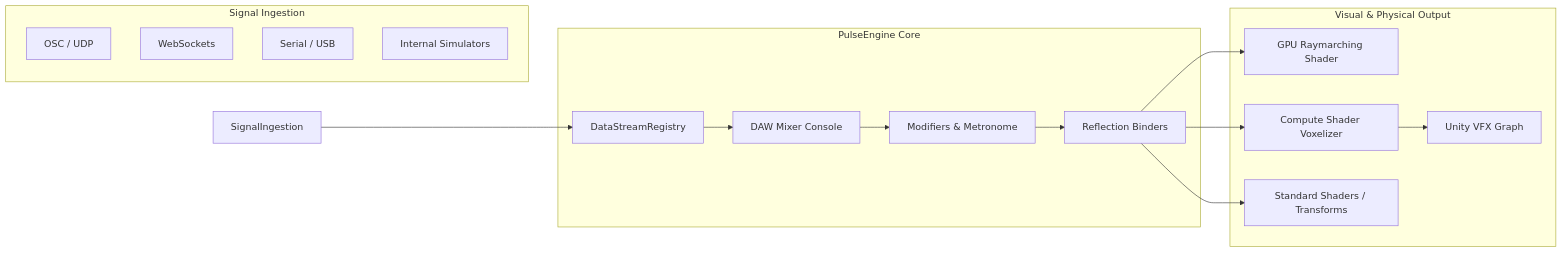
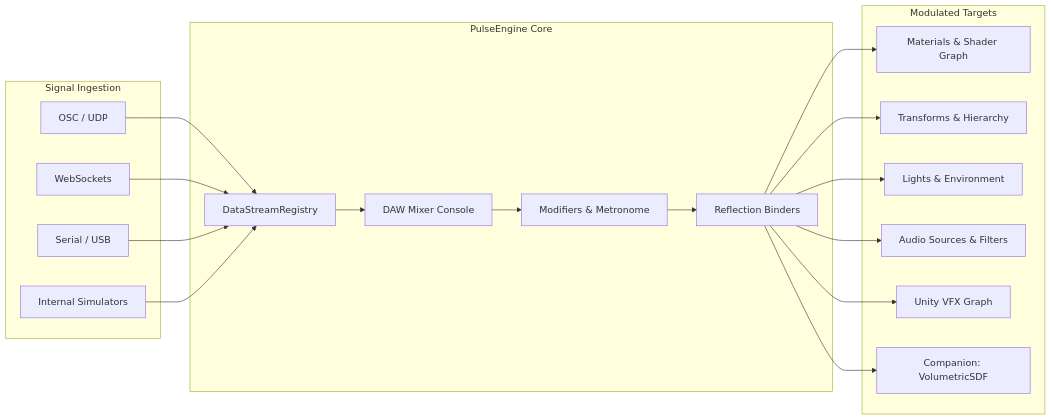
One commit to federicocolombo12/PulseEngine changed the diagram in Documentation~/index.md. Above: the diagram before and after it, drawn with Mermaid. The commit also changed other lines of this file and 12 other files, not shown here.

````diff
--- a/Documentation~/index.md
+++ b/Documentation~/index.md
@@ -21,32 +21,39 @@
 ```mermaid
 graph LR
     subgraph Signal Ingestion
         A[OSC / UDP]
         B[WebSockets]
         C[Serial / USB]
         D[Internal Simulators]
     end
 
     subgraph PulseEngine Core
         E[DataStreamRegistry]
         F[DAW Mixer Console]
         G[Modifiers & Metronome]
         H[Reflection Binders]
     end
 
-    subgraph Visual & Physical Output
-        I[GPU Raymarching Shader]
-        J[Compute Shader Voxelizer]
-        K[Unity VFX Graph]
-        L[Standard Shaders / Transforms]
+    subgraph Modulated Targets
+        I[Materials & Shader Graph]
+        J[Transforms & Hierarchy]
+        K[Lights & Environment]
+        L[Audio Sources & Filters]
+        M[Unity VFX Graph]
+        N[Companion: VolumetricSDF]
     end
 
-    SignalIngestion --> E
+    A --> E
+    B --> E
+    C --> E
+    D --> E
     E --> F
     F --> G
     G --> H
     H --> I
     H --> J
-    J --> K
+    H --> K
     H --> L
+    H --> M
+    H --> N
 ```
````
